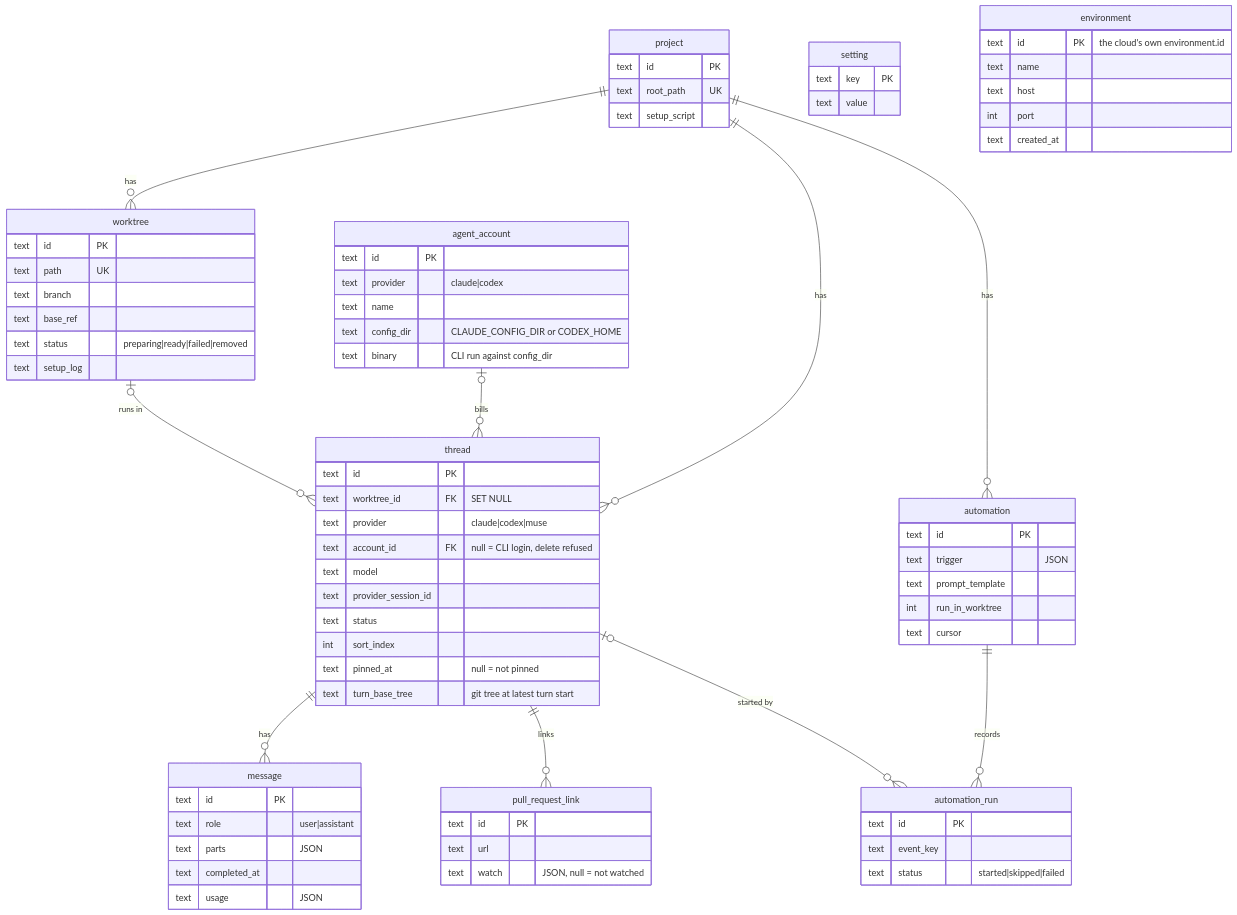
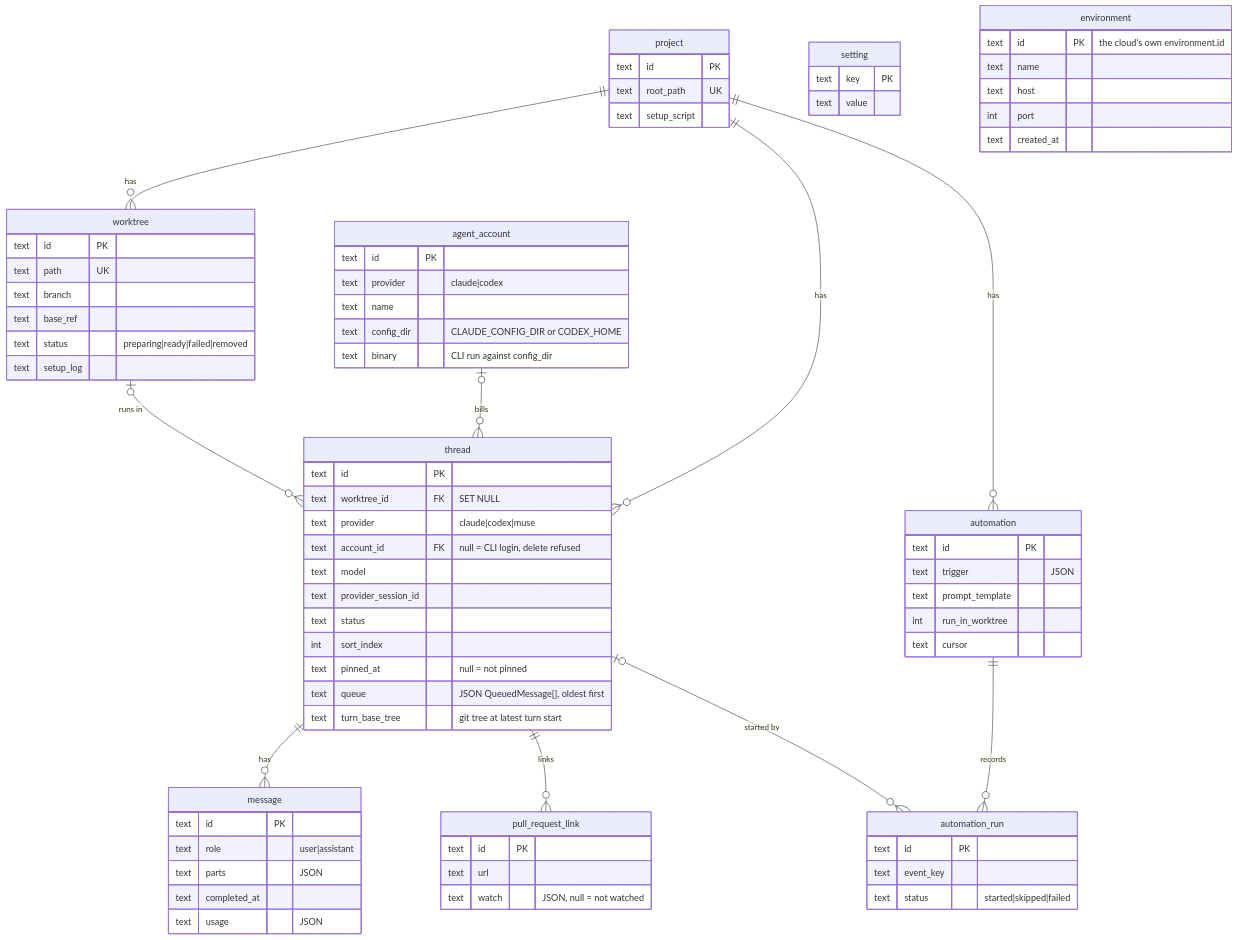
One commit to hinadev-ai/hinacode changed diagram 12 of 17 in docs/arch.md. Above: the diagram before and after it, drawn with Mermaid. The commit also changed other lines of this file and 11 other files, not shown here.

````diff
--- a/docs/arch.md
+++ b/docs/arch.md
@@ -342,80 +351,81 @@
 ```mermaid
 erDiagram
   project ||--o{ worktree : has
   project ||--o{ thread : has
   project ||--o{ automation : has
   worktree |o--o{ thread : "runs in"
   thread ||--o{ message : has
   thread ||--o{ pull_request_link : links
   automation ||--o{ automation_run : records
   thread |o--o{ automation_run : "started by"
   agent_account |o--o{ thread : "bills"
 
   project {
     text id PK
     text root_path UK
     text setup_script
   }
   worktree {
     text id PK
     text path UK
     text branch
     text base_ref
     text status "preparing|ready|failed|removed"
     text setup_log
   }
   thread {
     text id PK
     text worktree_id FK "SET NULL"
     text provider "claude|codex|muse"
     text account_id FK "null = CLI login, delete refused"
     text model
     text provider_session_id
     text status
     int sort_index
     text pinned_at "null = not pinned"
+    text queue "JSON QueuedMessage[], oldest first"
     text turn_base_tree "git tree at latest turn start"
   }
   message {
     text id PK
     text role "user|assistant"
     text parts "JSON"
     text completed_at
     text usage "JSON"
   }
   automation {
     text id PK
     text trigger "JSON"
     text prompt_template
     int run_in_worktree
     text cursor
   }
   pull_request_link {
     text id PK
     text url
     text watch "JSON, null = not watched"
   }
   automation_run {
     text id PK
     text event_key
     text status "started|skipped|failed"
   }
   setting {
     text key PK
     text value
   }
   environment {
     text id PK "the cloud's own environment.id"
     text name
     text host
     int port
     text created_at
   }
   agent_account {
     text id PK
     text provider "claude|codex"
     text name
     text config_dir "CLAUDE_CONFIG_DIR or CODEX_HOME"
     text binary "CLI run against config_dir"
   }
 ```
````
